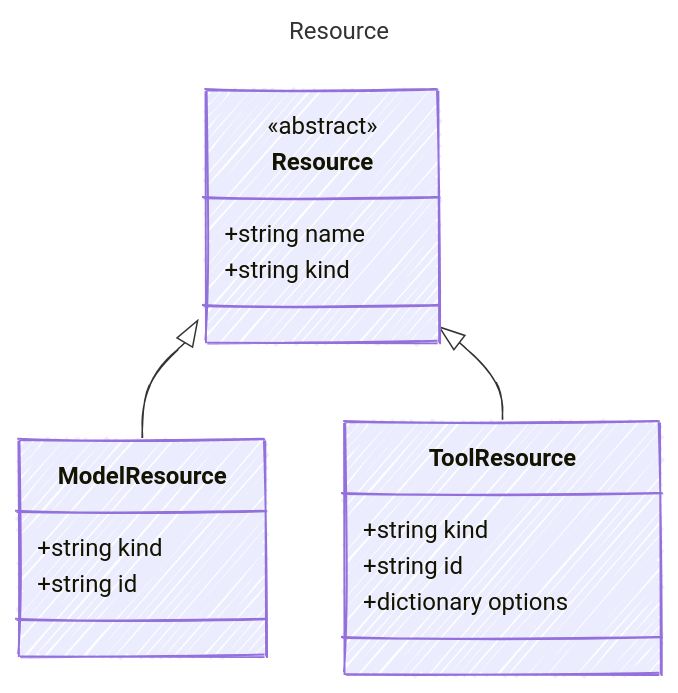
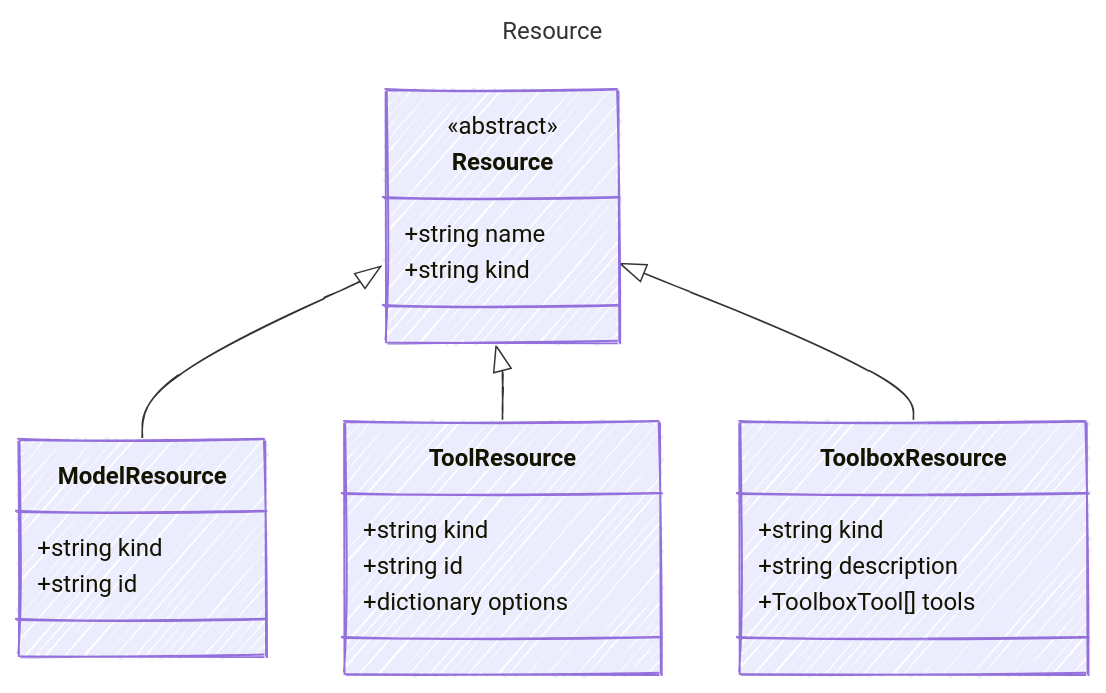
Before and after one commit to microsoft/AgentSchema: the diagram in docs/src/content/docs/reference/Resource.md, drawn with Mermaid. The commit also changed other lines of this file and 33 other files, not shown here.

First line of the commit message:
feat: Add ToolboxTool and ToolboxResource implementations

````diff
--- a/docs/src/content/docs/reference/Resource.md
+++ b/docs/src/content/docs/reference/Resource.md
@@ -13,27 +13,33 @@
 ```mermaid
 ---
 title: Resource
 config:
   look: handDrawn
   theme: colorful
   class:
     hideEmptyMembersBox: true
 ---
 classDiagram
     class Resource {
       <<abstract>>
         +string name
         +string kind
     }
     class ModelResource {
         +string kind
         +string id
     }
     Resource <|-- ModelResource
     class ToolResource {
         +string kind
         +string id
         +dictionary options
     }
     Resource <|-- ToolResource
+    class ToolboxResource {
+        +string kind
+        +string description
+        +ToolboxTool[] tools
+    }
+    Resource <|-- ToolboxResource
 ```
````
